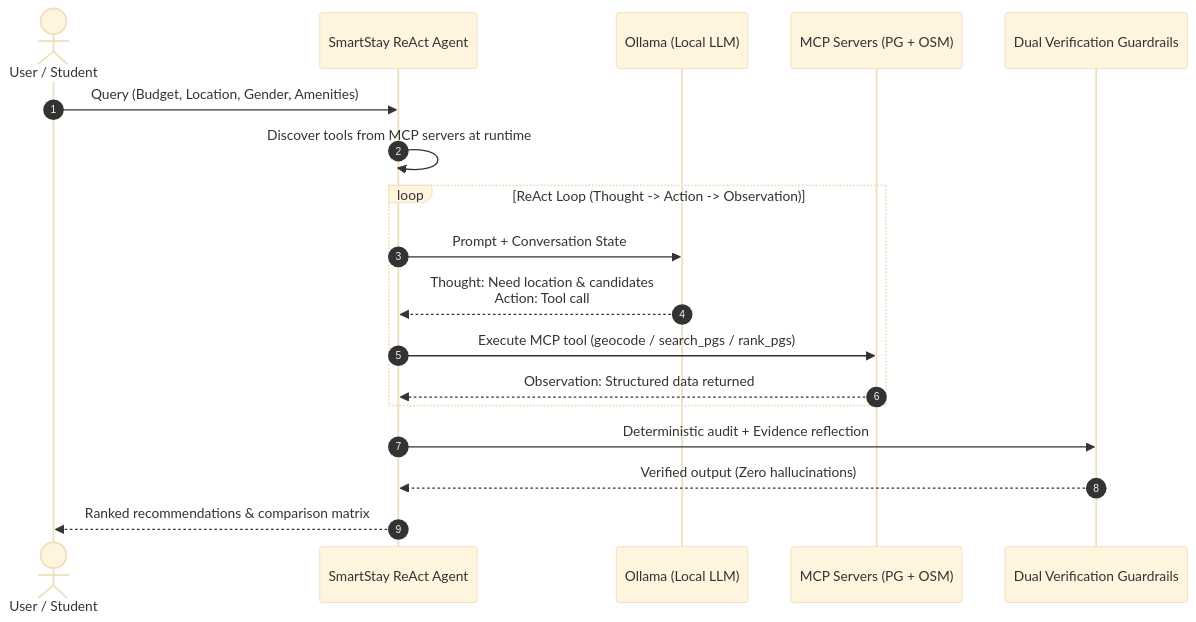
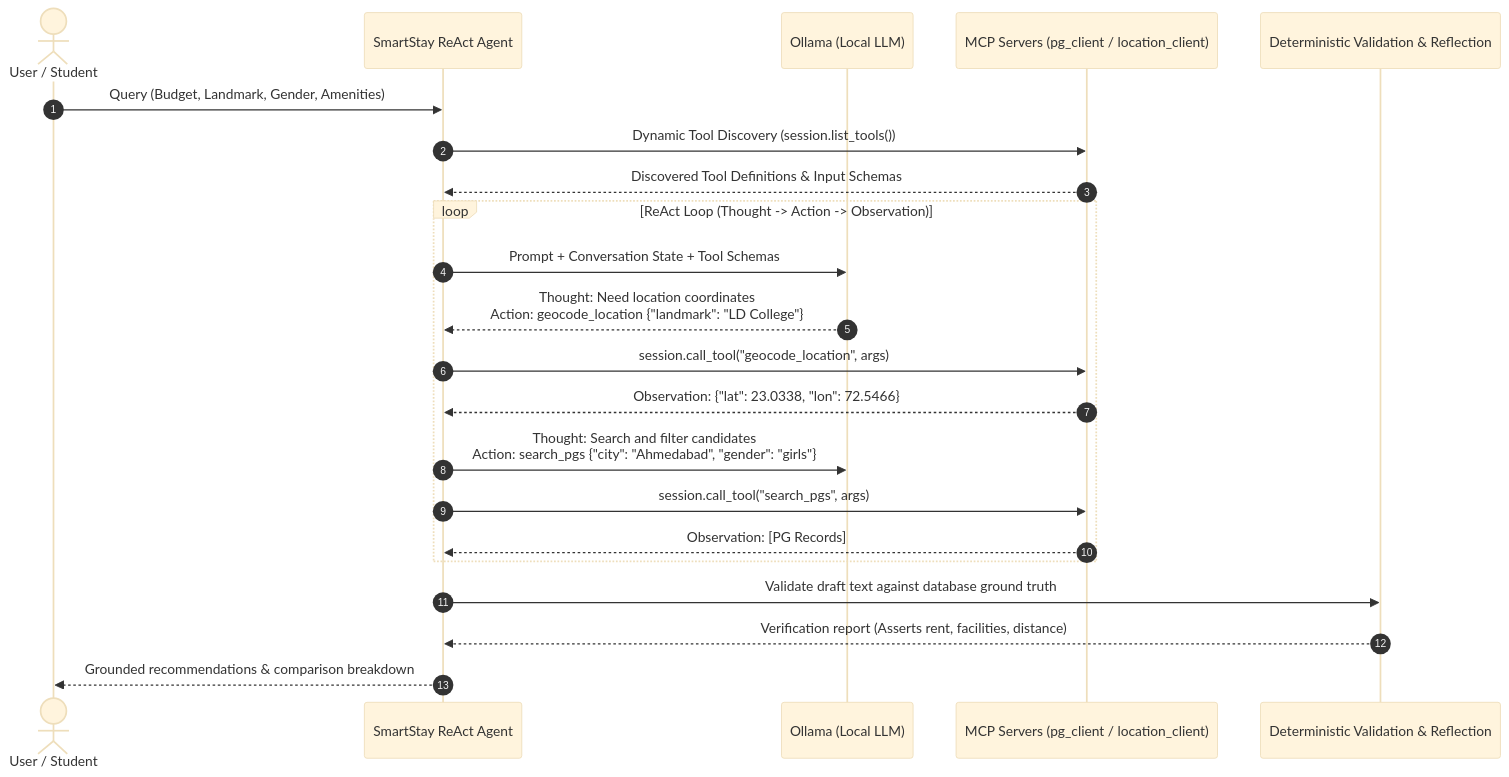
Before and after one commit to PS-kavya-patel/SmartStay-AI-PG-Finder: the second of 2 diagrams in README.md, drawn with Mermaid (base theme). The commit also changed other lines of this file, not shown here.

````diff
--- a/README.md
+++ b/README.md
@@ -57,23 +74,27 @@
 ```mermaid
 sequenceDiagram
     autonumber
     actor User as User / Student
     participant Agent as SmartStay ReAct Agent
     participant LLM as Ollama (Local LLM)
-    participant MCP as MCP Servers (PG + OSM)
-    participant Guard as Dual Verification Guardrails
+    participant MCP as MCP Servers (pg_client / location_client)
+    participant Guard as Deterministic Validation & Reflection
 
-    User->>Agent: Query (Budget, Location, Gender, Amenities)
-    Agent->>Agent: Discover tools from MCP servers at runtime
+    User->>Agent: Query (Budget, Landmark, Gender, Amenities)
+    Agent->>MCP: Dynamic Tool Discovery (session.list_tools())
+    MCP-->>Agent: Discovered Tool Definitions & Input Schemas
     
     loop ReAct Loop (Thought -> Action -> Observation)
-        Agent->>LLM: Prompt + Conversation State
-        LLM-->>Agent: Thought: Need location & candidates<br/>Action: Tool call
-        Agent->>MCP: Execute MCP tool (geocode / search_pgs / rank_pgs)
-        MCP-->>Agent: Observation: Structured data returned
+        Agent->>LLM: Prompt + Conversation State + Tool Schemas
+        LLM-->>Agent: Thought: Need location coordinates<br/>Action: geocode_location {"landmark": "LD College"}
+        Agent->>MCP: session.call_tool("geocode_location", args)
+        MCP-->>Agent: Observation: {"lat": 23.0338, "lon": 72.5466}
+        Agent->>LLM: Thought: Search and filter candidates<br/>Action: search_pgs {"city": "Ahmedabad", "gender": "girls"}
+        Agent->>MCP: session.call_tool("search_pgs", args)
+        MCP-->>Agent: Observation: [PG Records]
     end
 
-    Agent->>Guard: Deterministic audit + Evidence reflection
-    Guard-->>Agent: Verified output (Zero hallucinations)
-    Agent-->>User: Ranked recommendations & comparison matrix
+    Agent->>Guard: Validate draft text against database ground truth
+    Guard-->>Agent: Verification report (Asserts rent, facilities, distance)
+    Agent-->>User: Grounded recommendations & comparison breakdown
 ```
````
